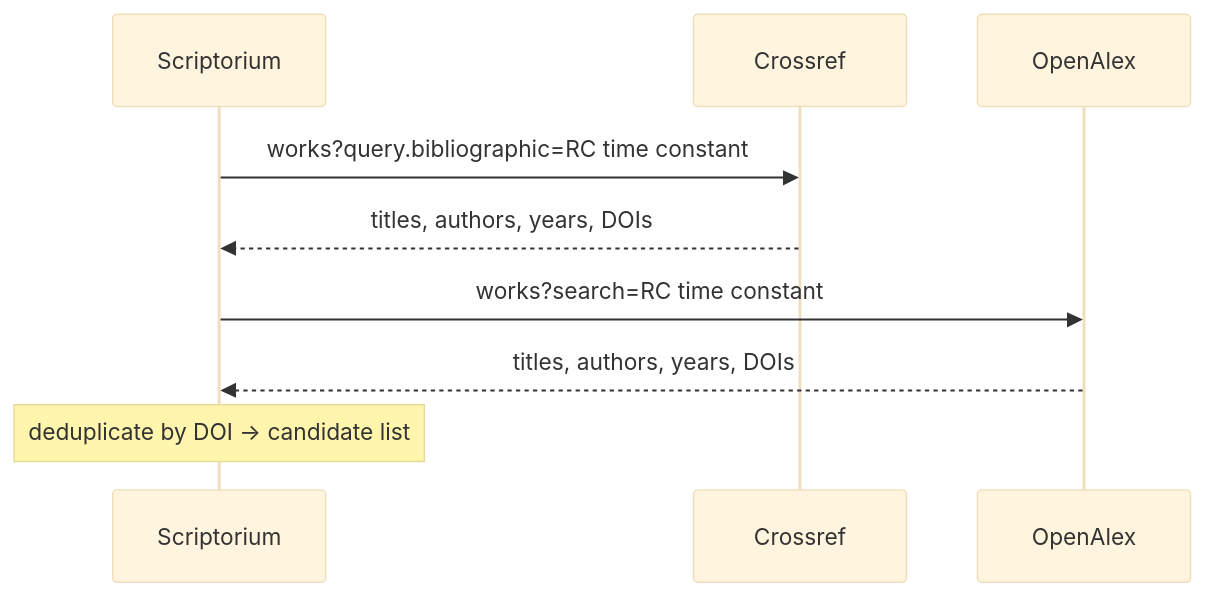
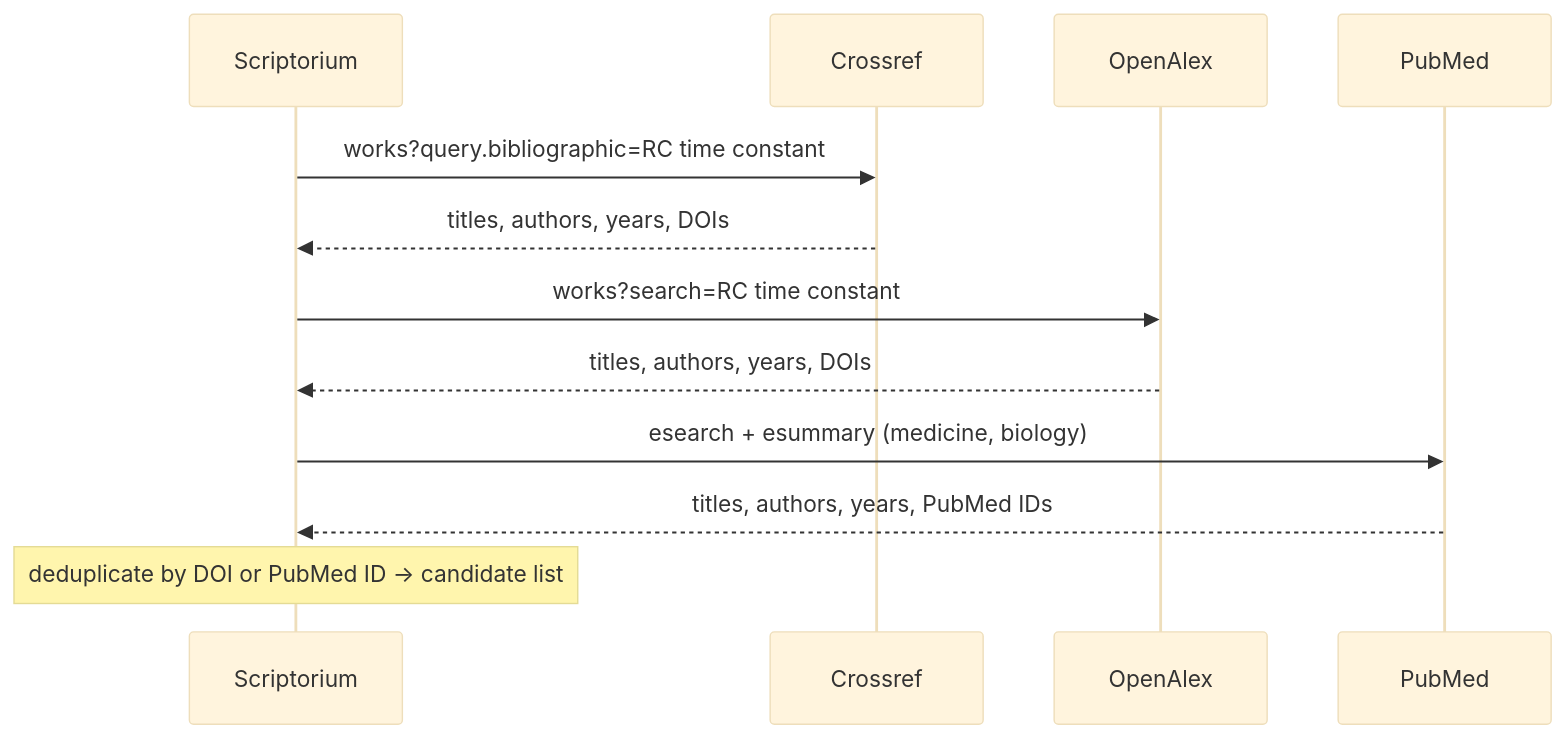
The second of 2 diagrams in README.md (Normansrule/scriptorium), drawn with Mermaid (base theme) before and after one commit. The commit also changed other lines of this file and 49 other files, not shown here.

````diff
--- a/README.md
+++ b/README.md
@@ -152,11 +183,14 @@
 ```mermaid
 sequenceDiagram
   participant S as Scriptorium
   participant C as Crossref
   participant O as OpenAlex
+  participant P as PubMed
   S->>C: works?query.bibliographic=RC time constant
   C-->>S: titles, authors, years, DOIs
   S->>O: works?search=RC time constant
   O-->>S: titles, authors, years, DOIs
-  Note over S: deduplicate by DOI → candidate list
+  S->>P: esearch + esummary (medicine, biology)
+  P-->>S: titles, authors, years, PubMed IDs
+  Note over S: deduplicate by DOI or PubMed ID → candidate list
 ```
````
